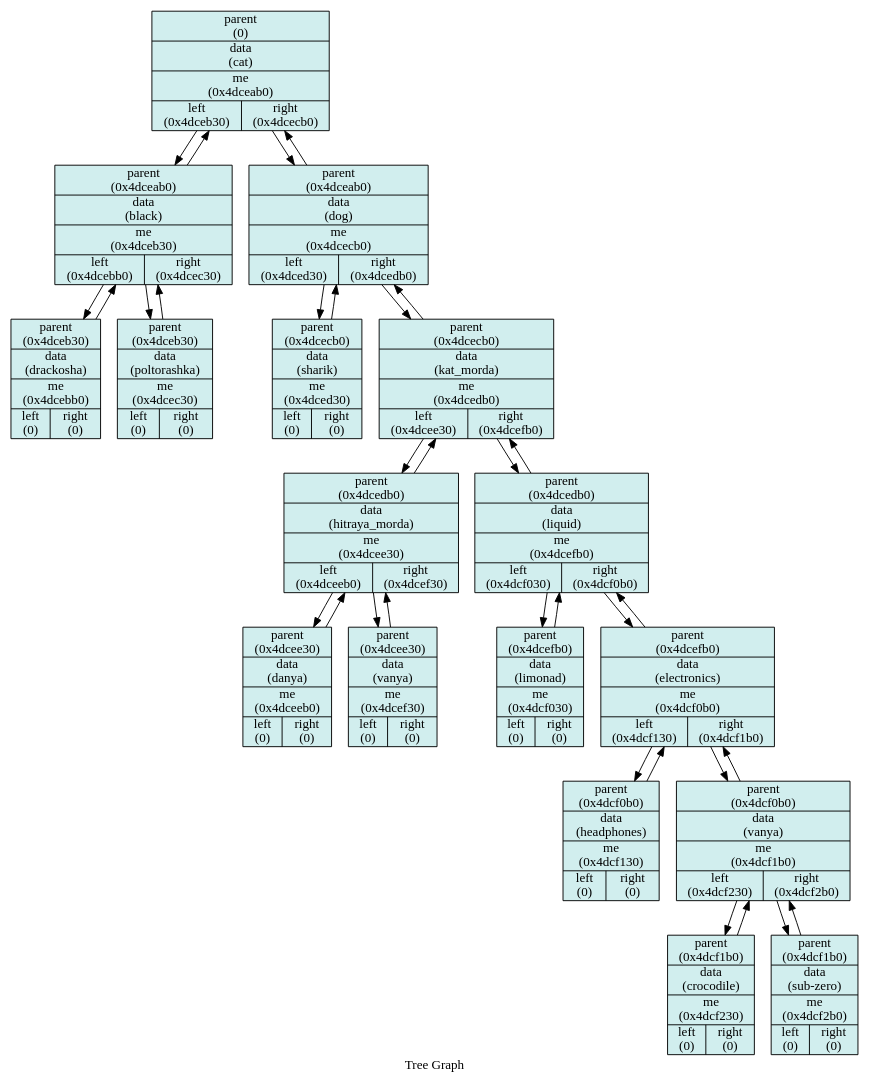
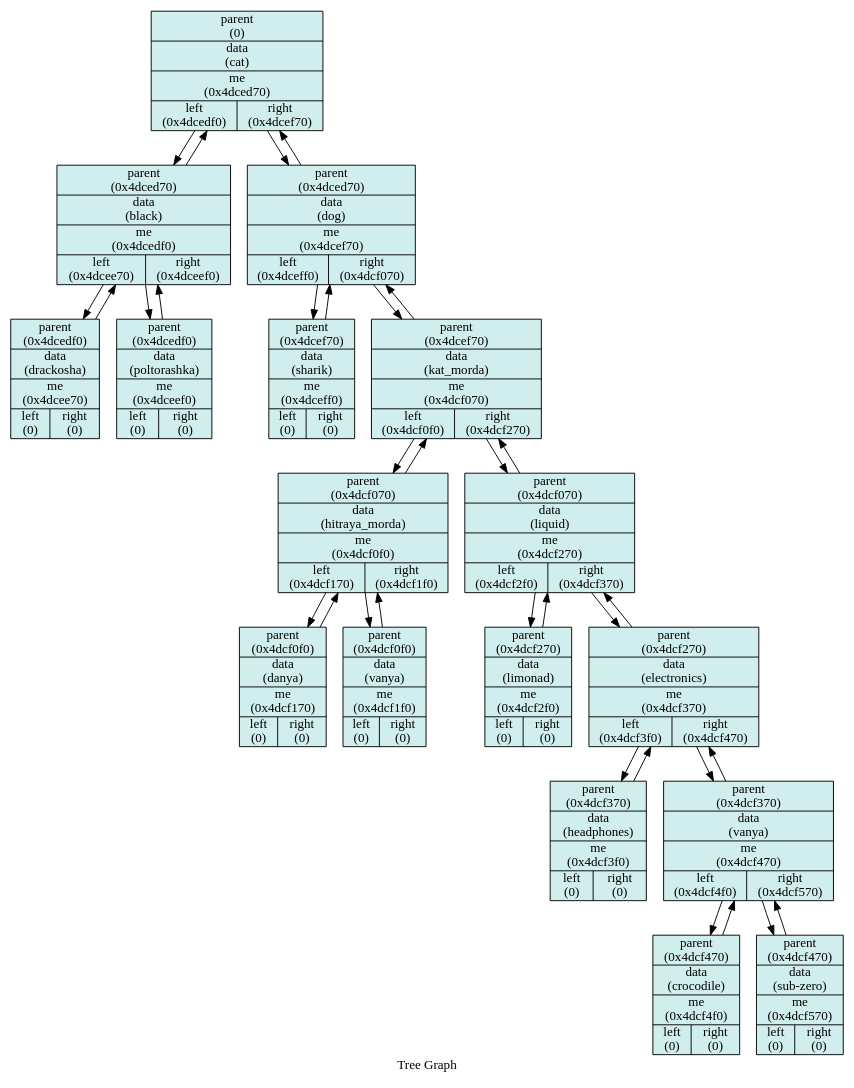
One commit to StaVan28/iLab changed the diagram in 7_akinator/Txt/graph_tree_db.dot. Above: the diagram before and after it, drawn with Graphviz. The commit also changed 10 other files, not shown here.

```diff
--- a/7_akinator/Txt/graph_tree_db.dot
+++ b/7_akinator/Txt/graph_tree_db.dot
@@ -1,91 +1,91 @@
 digraph Tree {
 
 	node [shape = "circle", style = "filled", fillcolor = "red",fontcolor = "#000000", margin = "0.01"];
 	rankdir = "TB";
 
 	label = "Tree Graph";
 
-	"0x4dceab0" [shape = "record", fillcolor="lightcyan2", label = "{ {parent\n (0) } |{data\n (cat) } |{me\n (0x4dceab0) } |{left\n (0x4dceb30)   |right\n (0x4dcecb0) } }"];
-	"0x4dceab0"->"0x4dceb30";
-	"0x4dceab0"->"0x4dcecb0";
+	"0x4dced70" [shape = "record", fillcolor="lightcyan2", label = "{ {parent\n (0) } |{data\n (cat) } |{me\n (0x4dced70) } |{left\n (0x4dcedf0)   |right\n (0x4dcef70) } }"];
+	"0x4dced70"->"0x4dcedf0";
+	"0x4dced70"->"0x4dcef70";
 
 
-	"0x4dcecb0" [shape = "record", fillcolor="lightcyan2", label = "{ {parent\n (0x4dceab0) } |{data\n (dog) } |{me\n (0x4dcecb0) } |{left\n (0x4dced30)   |right\n (0x4dcedb0) } }"];
-	"0x4dcecb0"->"0x4dceab0";
-	"0x4dcecb0"->"0x4dced30";
-	"0x4dcecb0"->"0x4dcedb0";
+	"0x4dcef70" [shape = "record", fillcolor="lightcyan2", label = "{ {parent\n (0x4dced70) } |{data\n (dog) } |{me\n (0x4dcef70) } |{left\n (0x4dceff0)   |right\n (0x4dcf070) } }"];
+	"0x4dcef70"->"0x4dced70";
+	"0x4dcef70"->"0x4dceff0";
+	"0x4dcef70"->"0x4dcf070";
 
 
-	"0x4dcedb0" [shape = "record", fillcolor="lightcyan2", label = "{ {parent\n (0x4dcecb0) } |{data\n (kat_morda) } |{me\n (0x4dcedb0) } |{left\n (0x4dcee30)   |right\n (0x4dcefb0) } }"];
-	"0x4dcedb0"->"0x4dcecb0";
-	"0x4dcedb0"->"0x4dcee30";
-	"0x4dcedb0"->"0x4dcefb0";
+	"0x4dcf070" [shape = "record", fillcolor="lightcyan2", label = "{ {parent\n (0x4dcef70) } |{data\n (kat_morda) } |{me\n (0x4dcf070) } |{left\n (0x4dcf0f0)   |right\n (0x4dcf270) } }"];
+	"0x4dcf070"->"0x4dcef70";
+	"0x4dcf070"->"0x4dcf0f0";
+	"0x4dcf070"->"0x4dcf270";
 
 
-	"0x4dcefb0" [shape = "record", fillcolor="lightcyan2", label = "{ {parent\n (0x4dcedb0) } |{data\n (liquid) } |{me\n (0x4dcefb0) } |{left\n (0x4dcf030)   |right\n (0x4dcf0b0) } }"];
-	"0x4dcefb0"->"0x4dcedb0";
-	"0x4dcefb0"->"0x4dcf030";
-	"0x4dcefb0"->"0x4dcf0b0";
+	"0x4dcf270" [shape = "record", fillcolor="lightcyan2", label = "{ {parent\n (0x4dcf070) } |{data\n (liquid) } |{me\n (0x4dcf270) } |{left\n (0x4dcf2f0)   |right\n (0x4dcf370) } }"];
+	"0x4dcf270"->"0x4dcf070";
+	"0x4dcf270"->"0x4dcf2f0";
+	"0x4dcf270"->"0x4dcf370";
 
 
-	"0x4dcf0b0" [shape = "record", fillcolor="lightcyan2", label = "{ {parent\n (0x4dcefb0) } |{data\n (electronics) } |{me\n (0x4dcf0b0) } |{left\n (0x4dcf130)   |right\n (0x4dcf1b0) } }"];
-	"0x4dcf0b0"->"0x4dcefb0";
-	"0x4dcf0b0"->"0x4dcf130";
-	"0x4dcf0b0"->"0x4dcf1b0";
+	"0x4dcf370" [shape = "record", fillcolor="lightcyan2", label = "{ {parent\n (0x4dcf270) } |{data\n (electronics) } |{me\n (0x4dcf370) } |{left\n (0x4dcf3f0)   |right\n (0x4dcf470) } }"];
+	"0x4dcf370"->"0x4dcf270";
+	"0x4dcf370"->"0x4dcf3f0";
+	"0x4dcf370"->"0x4dcf470";
 
 
-	"0x4dcf1b0" [shape = "record", fillcolor="lightcyan2", label = "{ {parent\n (0x4dcf0b0) } |{data\n (vanya) } |{me\n (0x4dcf1b0) } |{left\n (0x4dcf230)   |right\n (0x4dcf2b0) } }"];
-	"0x4dcf1b0"->"0x4dcf0b0";
-	"0x4dcf1b0"->"0x4dcf230";
-	"0x4dcf1b0"->"0x4dcf2b0";
+	"0x4dcf470" [shape = "record", fillcolor="lightcyan2", label = "{ {parent\n (0x4dcf370) } |{data\n (vanya) } |{me\n (0x4dcf470) } |{left\n (0x4dcf4f0)   |right\n (0x4dcf570) } }"];
+	"0x4dcf470"->"0x4dcf370";
+	"0x4dcf470"->"0x4dcf4f0";
+	"0x4dcf470"->"0x4dcf570";
 
 
-	"0x4dcf2b0" [shape = "record", fillcolor="lightcyan2", label = "{ {parent\n (0x4dcf1b0) } |{data\n (sub-zero) } |{me\n (0x4dcf2b0) } |{left\n (0)   |right\n (0) } }"];
-	"0x4dcf2b0"->"0x4dcf1b0";
+	"0x4dcf570" [shape = "record", fillcolor="lightcyan2", label = "{ {parent\n (0x4dcf470) } |{data\n (sub-zero) } |{me\n (0x4dcf570) } |{left\n (0)   |right\n (0) } }"];
+	"0x4dcf570"->"0x4dcf470";
 
 
-	"0x4dcf230" [shape = "record", fillcolor="lightcyan2", label = "{ {parent\n (0x4dcf1b0) } |{data\n (crocodile) } |{me\n (0x4dcf230) } |{left\n (0)   |right\n (0) } }"];
-	"0x4dcf230"->"0x4dcf1b0";
+	"0x4dcf4f0" [shape = "record", fillcolor="lightcyan2", label = "{ {parent\n (0x4dcf470) } |{data\n (crocodile) } |{me\n (0x4dcf4f0) } |{left\n (0)   |right\n (0) } }"];
+	"0x4dcf4f0"->"0x4dcf470";
 
 
-	"0x4dcf130" [shape = "record", fillcolor="lightcyan2", label = "{ {parent\n (0x4dcf0b0) } |{data\n (headphones) } |{me\n (0x4dcf130) } |{left\n (0)   |right\n (0) } }"];
-	"0x4dcf130"->"0x4dcf0b0";
+	"0x4dcf3f0" [shape = "record", fillcolor="lightcyan2", label = "{ {parent\n (0x4dcf370) } |{data\n (headphones) } |{me\n (0x4dcf3f0) } |{left\n (0)   |right\n (0) } }"];
+	"0x4dcf3f0"->"0x4dcf370";
 
 
-	"0x4dcf030" [shape = "record", fillcolor="lightcyan2", label = "{ {parent\n (0x4dcefb0) } |{data\n (limonad) } |{me\n (0x4dcf030) } |{left\n (0)   |right\n (0) } }"];
-	"0x4dcf030"->"0x4dcefb0";
+	"0x4dcf2f0" [shape = "record", fillcolor="lightcyan2", label = "{ {parent\n (0x4dcf270) } |{data\n (limonad) } |{me\n (0x4dcf2f0) } |{left\n (0)   |right\n (0) } }"];
+	"0x4dcf2f0"->"0x4dcf270";
 
 
-	"0x4dcee30" [shape = "record", fillcolor="lightcyan2", label = "{ {parent\n (0x4dcedb0) } |{data\n (hitraya_morda) } |{me\n (0x4dcee30) } |{left\n (0x4dceeb0)   |right\n (0x4dcef30) } }"];
-	"0x4dcee30"->"0x4dcedb0";
-	"0x4dcee30"->"0x4dceeb0";
-	"0x4dcee30"->"0x4dcef30";
+	"0x4dcf0f0" [shape = "record", fillcolor="lightcyan2", label = "{ {parent\n (0x4dcf070) } |{data\n (hitraya_morda) } |{me\n (0x4dcf0f0) } |{left\n (0x4dcf170)   |right\n (0x4dcf1f0) } }"];
+	"0x4dcf0f0"->"0x4dcf070";
+	"0x4dcf0f0"->"0x4dcf170";
+	"0x4dcf0f0"->"0x4dcf1f0";
 
 
-	"0x4dcef30" [shape = "record", fillcolor="lightcyan2", label = "{ {parent\n (0x4dcee30) } |{data\n (vanya) } |{me\n (0x4dcef30) } |{left\n (0)   |right\n (0) } }"];
-	"0x4dcef30"->"0x4dcee30";
+	"0x4dcf1f0" [shape = "record", fillcolor="lightcyan2", label = "{ {parent\n (0x4dcf0f0) } |{data\n (vanya) } |{me\n (0x4dcf1f0) } |{left\n (0)   |right\n (0) } }"];
+	"0x4dcf1f0"->"0x4dcf0f0";
 
 
-	"0x4dceeb0" [shape = "record", fillcolor="lightcyan2", label = "{ {parent\n (0x4dcee30) } |{data\n (danya) } |{me\n (0x4dceeb0) } |{left\n (0)   |right\n (0) } }"];
-	"0x4dceeb0"->"0x4dcee30";
+	"0x4dcf170" [shape = "record", fillcolor="lightcyan2", label = "{ {parent\n (0x4dcf0f0) } |{data\n (danya) } |{me\n (0x4dcf170) } |{left\n (0)   |right\n (0) } }"];
+	"0x4dcf170"->"0x4dcf0f0";
 
 
-	"0x4dced30" [shape = "record", fillcolor="lightcyan2", label = "{ {parent\n (0x4dcecb0) } |{data\n (sharik) } |{me\n (0x4dced30) } |{left\n (0)   |right\n (0) } }"];
-	"0x4dced30"->"0x4dcecb0";
+	"0x4dceff0" [shape = "record", fillcolor="lightcyan2", label = "{ {parent\n (0x4dcef70) } |{data\n (sharik) } |{me\n (0x4dceff0) } |{left\n (0)   |right\n (0) } }"];
+	"0x4dceff0"->"0x4dcef70";
 
 
-	"0x4dceb30" [shape = "record", fillcolor="lightcyan2", label = "{ {parent\n (0x4dceab0) } |{data\n (black) } |{me\n (0x4dceb30) } |{left\n (0x4dcebb0)   |right\n (0x4dcec30) } }"];
-	"0x4dceb30"->"0x4dceab0";
-	"0x4dceb30"->"0x4dcebb0";
-	"0x4dceb30"->"0x4dcec30";
+	"0x4dcedf0" [shape = "record", fillcolor="lightcyan2", label = "{ {parent\n (0x4dced70) } |{data\n (black) } |{me\n (0x4dcedf0) } |{left\n (0x4dcee70)   |right\n (0x4dceef0) } }"];
+	"0x4dcedf0"->"0x4dced70";
+	"0x4dcedf0"->"0x4dcee70";
+	"0x4dcedf0"->"0x4dceef0";
 
 
-	"0x4dcec30" [shape = "record", fillcolor="lightcyan2", label = "{ {parent\n (0x4dceb30) } |{data\n (poltorashka) } |{me\n (0x4dcec30) } |{left\n (0)   |right\n (0) } }"];
-	"0x4dcec30"->"0x4dceb30";
+	"0x4dceef0" [shape = "record", fillcolor="lightcyan2", label = "{ {parent\n (0x4dcedf0) } |{data\n (poltorashka) } |{me\n (0x4dceef0) } |{left\n (0)   |right\n (0) } }"];
+	"0x4dceef0"->"0x4dcedf0";
 
 
-	"0x4dcebb0" [shape = "record", fillcolor="lightcyan2", label = "{ {parent\n (0x4dceb30) } |{data\n (drackosha) } |{me\n (0x4dcebb0) } |{left\n (0)   |right\n (0) } }"];
-	"0x4dcebb0"->"0x4dceb30";
+	"0x4dcee70" [shape = "record", fillcolor="lightcyan2", label = "{ {parent\n (0x4dcedf0) } |{data\n (drackosha) } |{me\n (0x4dcee70) } |{left\n (0)   |right\n (0) } }"];
+	"0x4dcee70"->"0x4dcedf0";
 
 
 }
```
